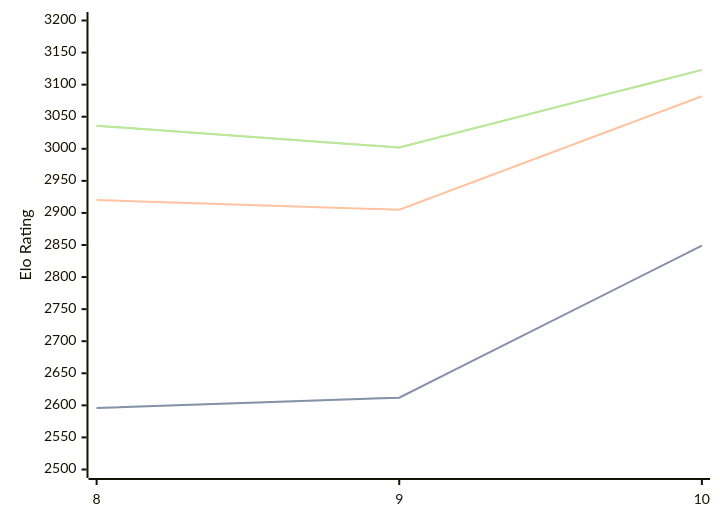
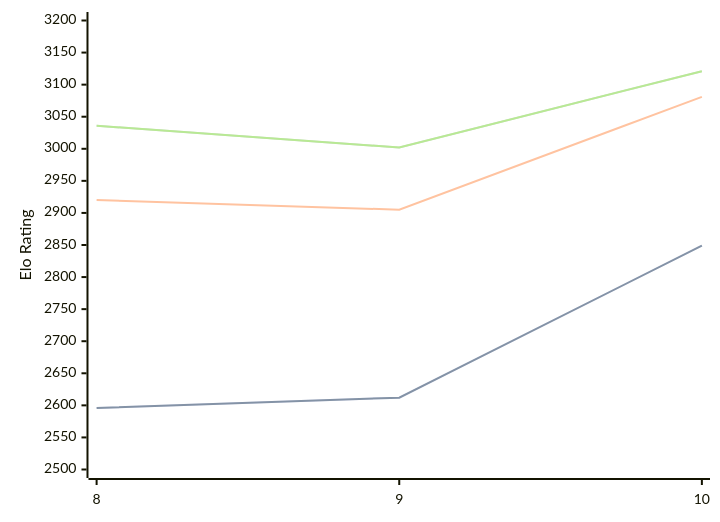
Before and after one commit to computer-chess-index/cci: the diagram in engines/Lozza.md, drawn with Mermaid. The commit also changed other lines of this file, not shown here.

Commit message:
Update CCI Ratings (ELO VLTC) - 2026-09-15

````diff
--- a/engines/Lozza.md
+++ b/engines/Lozza.md
@@ -33,11 +33,11 @@
 ```mermaid
 %%{init: {"theme":"base","themeVariables":{"seriesColors:['#a3a3a3','#222221','#faa371']}}}%%
 xychart-beta
   x-axis ["8", "9", "10"]
   y-axis "Elo Rating" 2500 --> 3200
   line "" [2596, 2612, 2849]
   line "STC (8.0+0.08s)" [2596, 2612, 2849]
-  line "LTC (60.0+0.60s)" [2920, 2905, 3082]
-  line "" [3036, 3002, 3123]
-  line "VLTC (2m24s+1.12s)" [3036, 3002, 3123]
+  line "LTC (60.0+0.60s)" [2920, 2905, 3081]
+  line "" [3036, 3002, 3121]
+  line "VLTC (2m24s+1.12s)" [3036, 3002, 3121]
 ```
````
